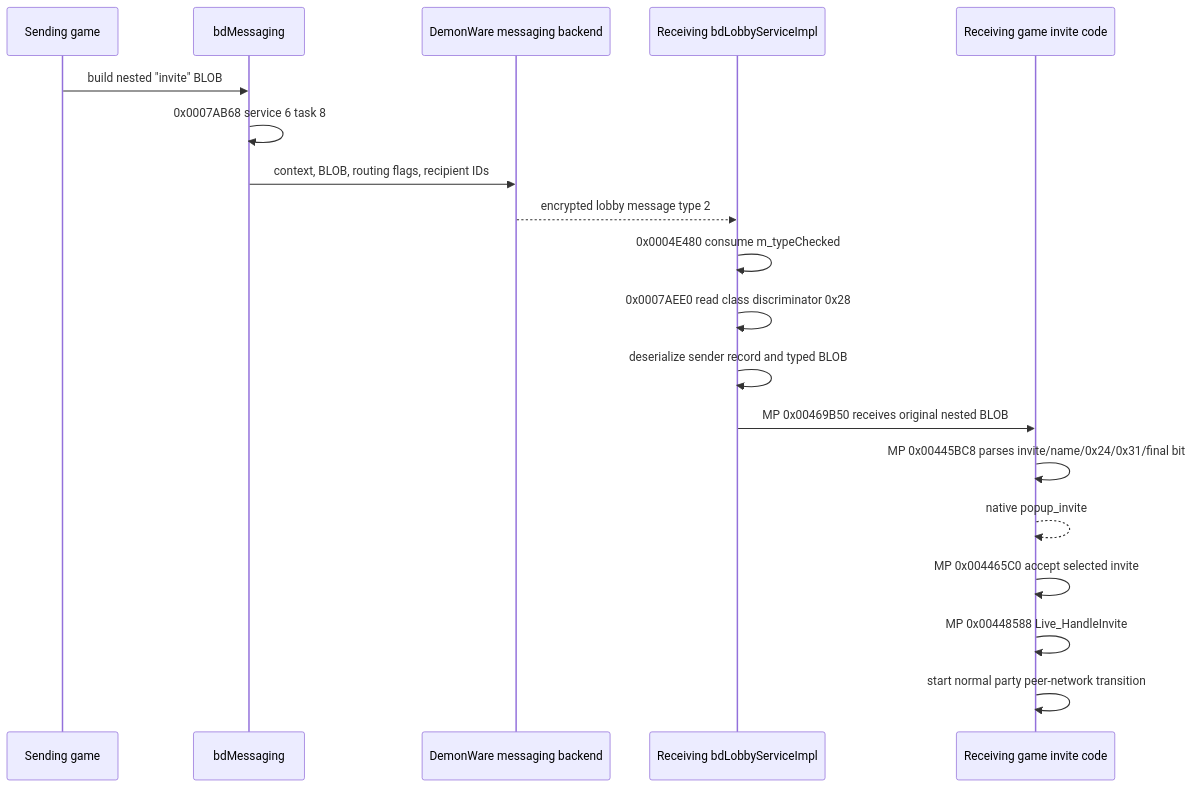
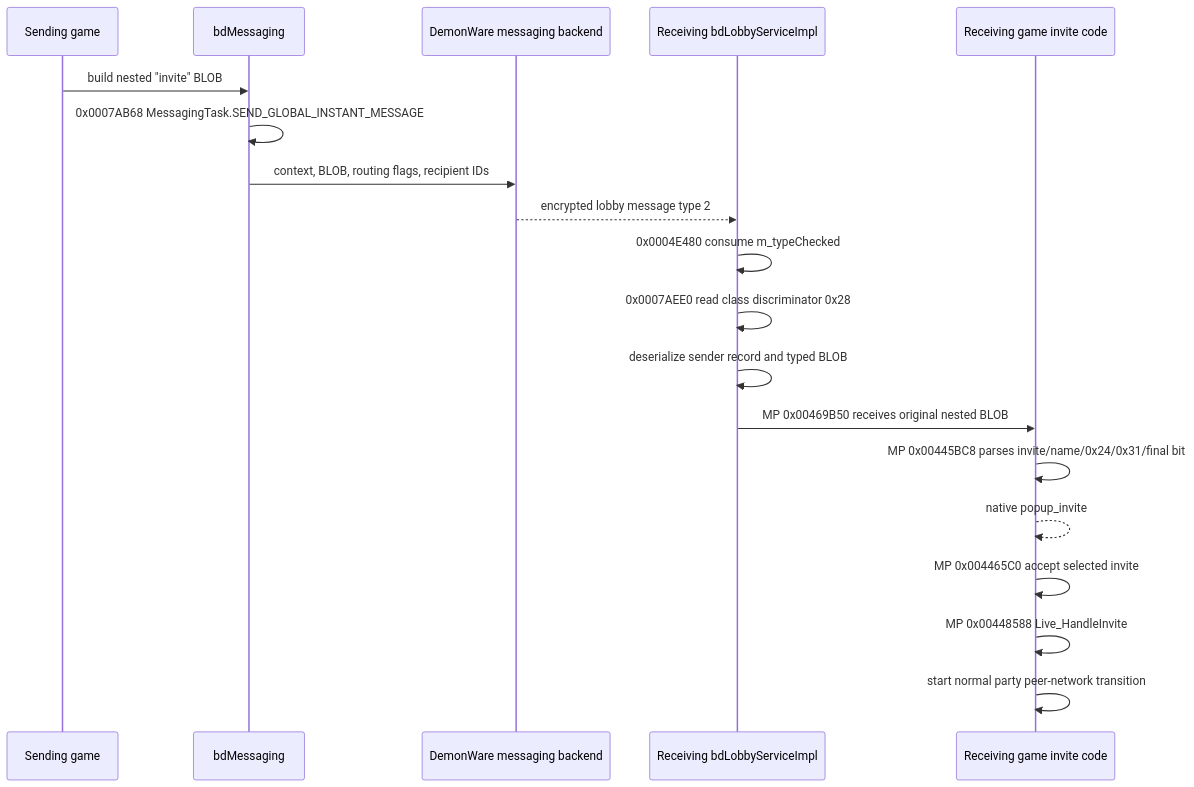
One commit to primetime43/CoD-Research changed the eighth of 9 diagrams in World-at-War-COD5/DemonWare/Flow-Charts.md. Above: the diagram before and after it, drawn with Mermaid. The commit also changed other lines of this file and 3 other files, not shown here.

First line of the commit message:
Replace numeric service/task IDs with symbolic names

````diff
--- a/World-at-War-COD5/DemonWare/Flow-Charts.md
+++ b/World-at-War-COD5/DemonWare/Flow-Charts.md
@@ -212,22 +214,22 @@
 ```mermaid
 sequenceDiagram
     participant S as Sending game
     participant M as bdMessaging
     participant B as DemonWare messaging backend
     participant L as Receiving bdLobbyServiceImpl
     participant G as Receiving game invite code
 
     S->>M: build nested "invite" BLOB
-    M->>M: 0x0007AB68 service 6 task 8
+    M->>M: 0x0007AB68 MessagingTask.SEND_GLOBAL_INSTANT_MESSAGE
     M->>B: context, BLOB, routing flags, recipient IDs
     B-->>L: encrypted lobby message type 2
     L->>L: 0x0004E480 consume m_typeChecked
     L->>L: 0x0007AEE0 read class discriminator 0x28
     L->>L: deserialize sender record and typed BLOB
     L->>G: MP 0x00469B50 receives original nested BLOB
     G->>G: MP 0x00445BC8 parses invite/name/0x24/0x31/final bit
     G-->>G: native popup_invite
     G->>G: MP 0x004465C0 accept selected invite
     G->>G: MP 0x00448588 Live_HandleInvite
     G->>G: start normal party peer-network transition
 ```
````
